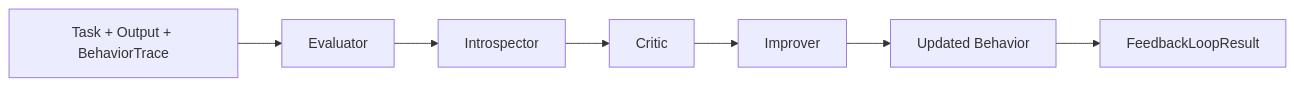
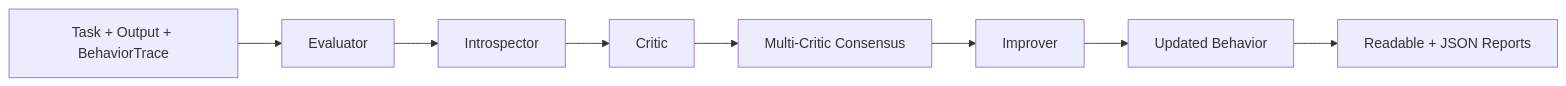
One commit to aditya89bh/Evaluation-Introspection-Agents changed the first of 2 diagrams in README.md. Above: the diagram before and after it, drawn with Mermaid. The commit also changed other lines of this file and 2 other files, not shown here.

````diff
--- a/README.md
+++ b/README.md
@@ -22,9 +36,10 @@
 ```mermaid
 flowchart LR
     Task[Task + Output + BehaviorTrace] --> Evaluator[Evaluator]
     Evaluator --> Introspector[Introspector]
     Introspector --> Critic[Critic]
-    Critic --> Improver[Improver]
+    Critic --> MultiCritic[Multi-Critic Consensus]
+    MultiCritic --> Improver[Improver]
     Improver --> Behavior[Updated Behavior]
-    Behavior --> Report[FeedbackLoopResult]
+    Behavior --> Report[Readable + JSON Reports]
 ```
````
